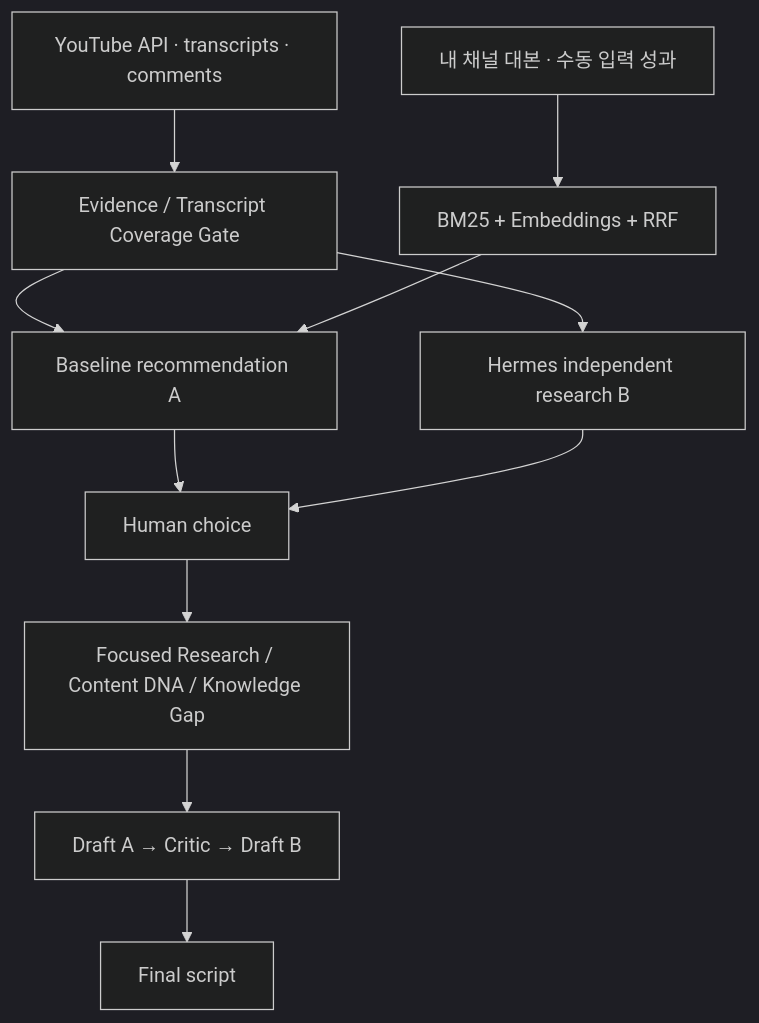
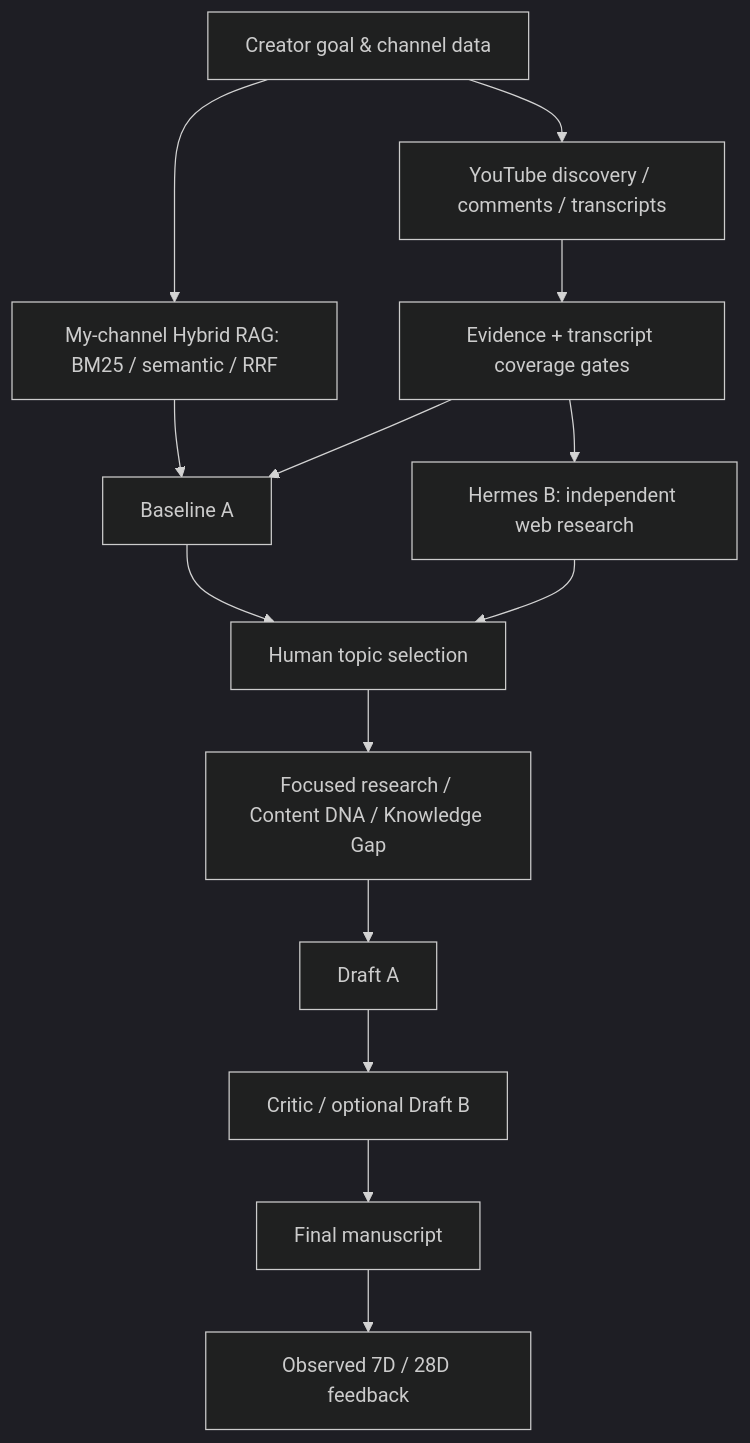
Before and after one commit to JDabeen/creator-decision-intelligence-demo: the diagram in README.md, drawn with Mermaid (dark theme). The commit also changed other lines of this file, not shown here.

````diff
--- a/README.md
+++ b/README.md
@@ -45,13 +39,16 @@
 ```mermaid
 flowchart TD
-  Y["YouTube API · transcripts · comments"] --> G["Evidence / Transcript Coverage Gate"]
-  C["내 채널 대본 · 수동 입력 성과"] --> R["BM25 + Embeddings + RRF"]
-  G --> A["Baseline recommendation A"]
-  R --> A
-  G --> B["Hermes independent research B"]
-  A --> H["Human choice"]
+  U["Creator goal & channel data"] --> Y["YouTube discovery / comments / transcripts"]
+  Y --> G["Evidence + transcript coverage gates"]
+  U --> R["My-channel Hybrid RAG: BM25 / semantic / RRF"]
+  R --> A["Baseline A"]
+  G --> A
+  G --> B["Hermes B: independent web research"]
+  A --> H["Human topic selection"]
   B --> H
-  H --> F["Focused Research / Content DNA / Knowledge Gap"]
-  F --> D["Draft A → Critic → Draft B"]
-  D --> E["Final script"]
+  H --> F["Focused research / Content DNA / Knowledge Gap"]
+  F --> D["Draft A"]
+  D --> C["Critic / optional Draft B"]
+  C --> S["Final manuscript"]
+  S --> P["Observed 7D / 28D feedback"]
 ```
````
